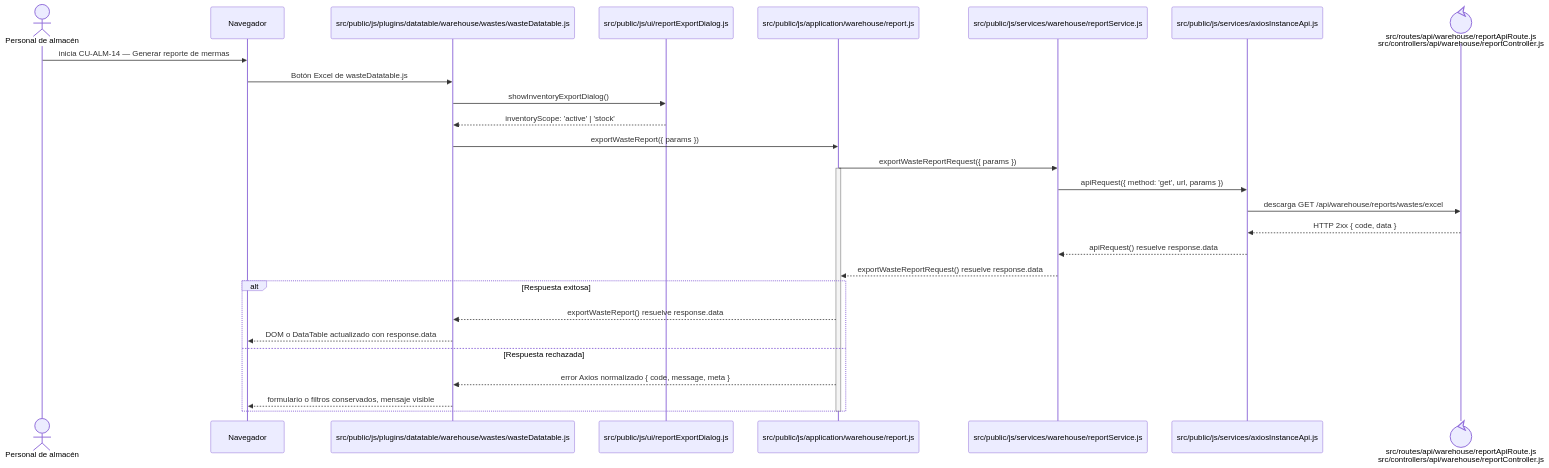
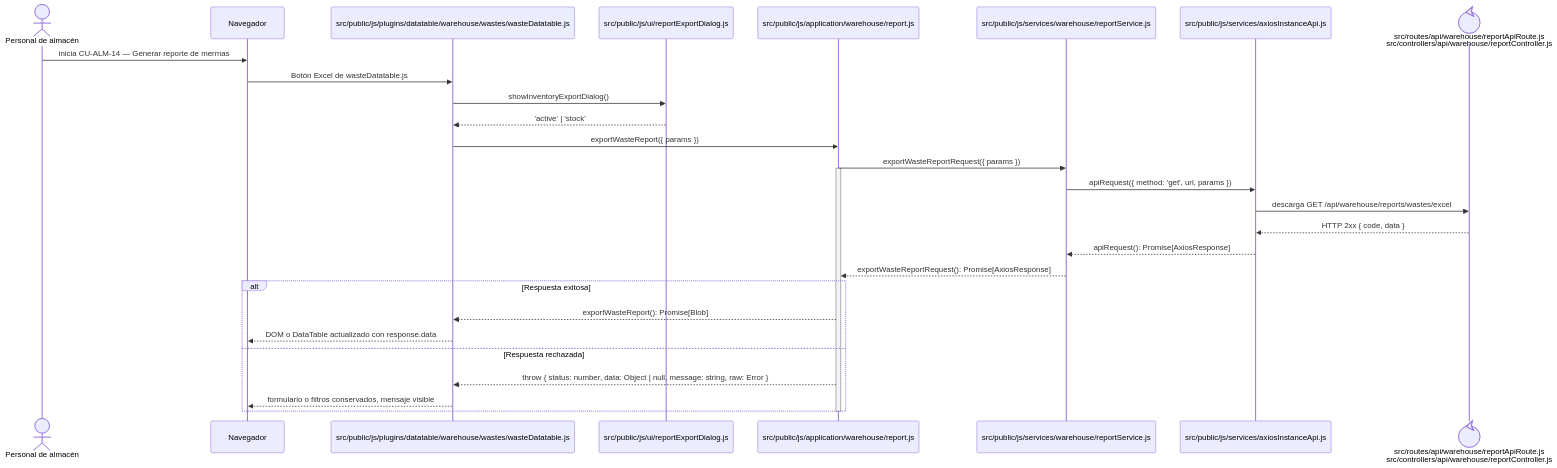
One commit to gpgsistemas01/nexus changed the diagram in docs/architecture/frontend-code-sequences/catalogs/cu-alm-14.md. Above: the diagram before and after it, drawn with Mermaid. The commit also changed 146 other files, not shown here.

````diff
--- a/docs/architecture/frontend-code-sequences/catalogs/cu-alm-14.md
+++ b/docs/architecture/frontend-code-sequences/catalogs/cu-alm-14.md
@@ -6,32 +6,32 @@
 ```mermaid
 sequenceDiagram
     actor Initiator as Personal de almacén
     participant Browser as Navegador
     participant View as src/public/js/plugins/datatable/warehouse/wastes/wasteDatatable.js
     participant Dialog as src/public/js/ui/reportExportDialog.js
     participant Application as src/public/js/application/warehouse/report.js
     participant Request as src/public/js/services/warehouse/reportService.js
     participant HTTP as src/public/js/services/axiosInstanceApi.js
     participant Transport@{ "type": "control" } as src/routes/api/warehouse/reportApiRoute.js<br/>src/controllers/api/warehouse/reportController.js
 
     Initiator->>Browser: inicia CU-ALM-14 — Generar reporte de mermas
     Browser->>View: Botón Excel de wasteDatatable.js
     View->>Dialog: showInventoryExportDialog()
-    Dialog-->>View: inventoryScope: 'active' | 'stock'
+    Dialog-->>View: 'active' | 'stock'
     View->>Application: exportWasteReport({ params })
     Application->>Request: exportWasteReportRequest({ params })
     activate Application
     Request->>HTTP: apiRequest({ method: 'get', url, params })
     HTTP->>Transport: descarga GET /api/warehouse/reports/wastes/excel
     Transport-->>HTTP: HTTP 2xx { code, data }
-    HTTP-->>Request: apiRequest() resuelve response.data
-    Request-->>Application: exportWasteReportRequest() resuelve response.data
+    HTTP-->>Request: apiRequest(): Promise[AxiosResponse]
+    Request-->>Application: exportWasteReportRequest(): Promise[AxiosResponse]
     alt Respuesta exitosa
-        Application-->>View: exportWasteReport() resuelve response.data
+        Application-->>View: exportWasteReport(): Promise[Blob]
         View-->>Browser: DOM o DataTable actualizado con response.data
     else Respuesta rechazada
-        Application-->>View: error Axios normalizado { code, message, meta }
+        Application-->>View: throw { status: number, data: Object | null, message: string, raw: Error }
         View-->>Browser: formulario o filtros conservados, mensaje visible
     end
     deactivate Application
 ```
````
